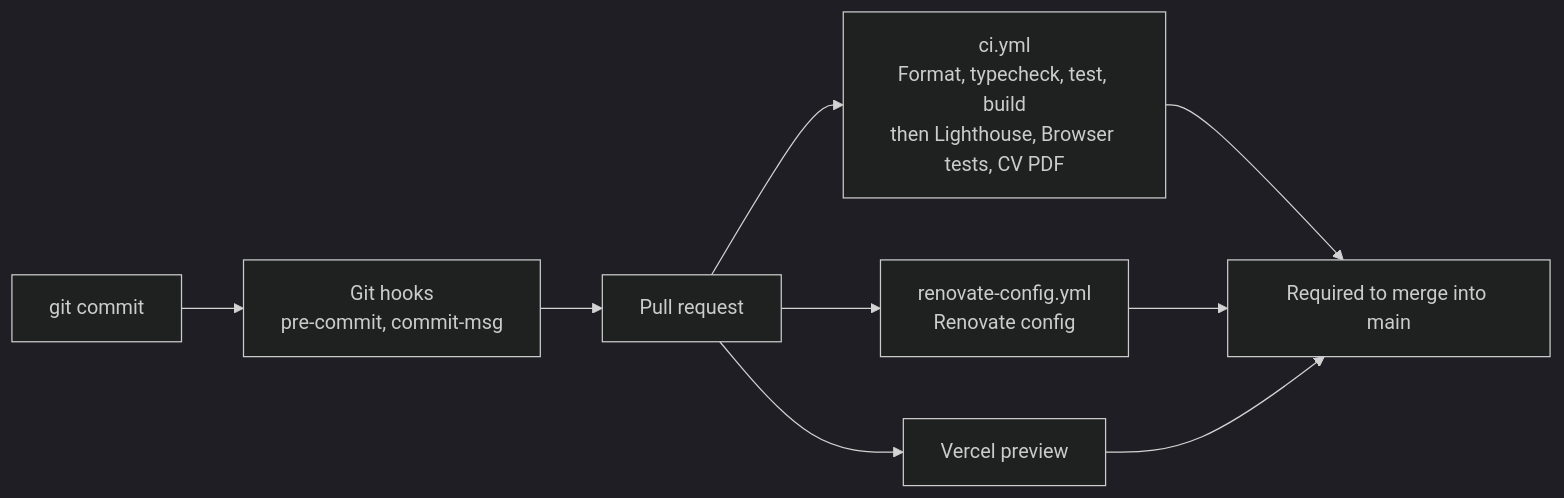
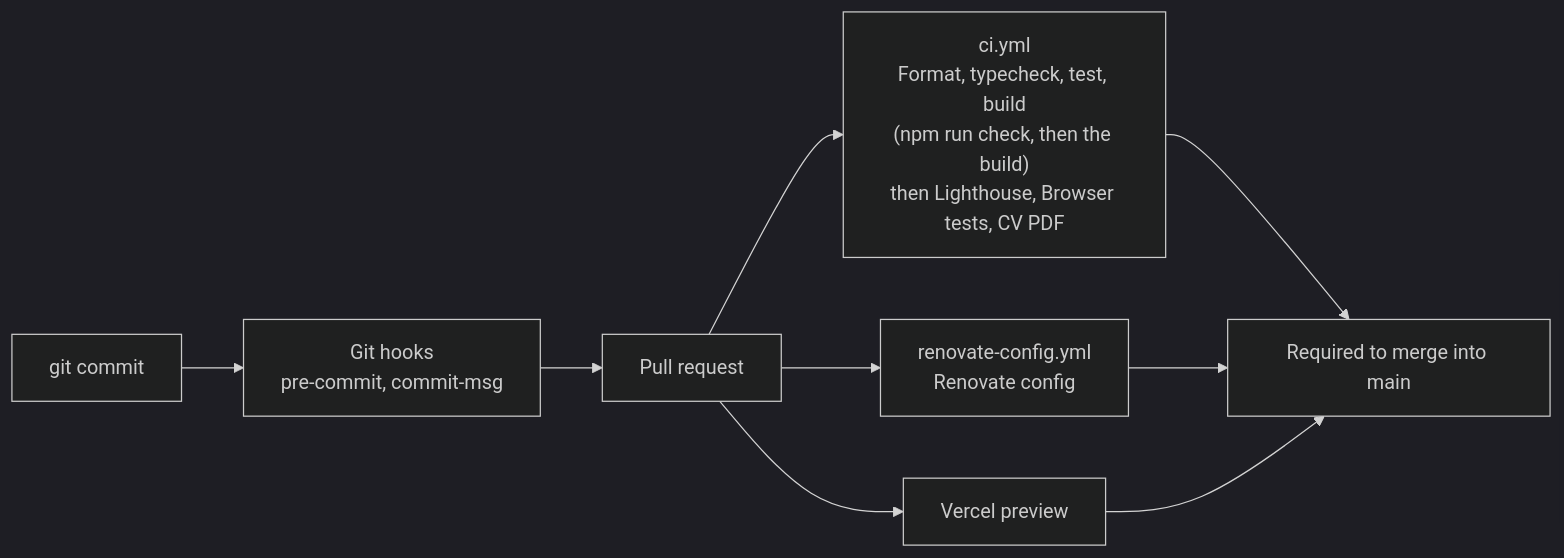
One commit to Nexlein/Portfolio changed the diagram in docs/checks.md. Above: the diagram before and after it, drawn with Mermaid (dark theme). The commit also changed other lines of this file and 13 other files, not shown here.

````diff
--- a/docs/checks.md
+++ b/docs/checks.md
@@ -5,13 +5,13 @@
 ```mermaid
 flowchart LR
     accTitle: Where each check runs
     accDescr: A commit runs the Git hooks. A pull request runs the CI jobs, the Renovate config check and the Vercel preview. Pull requests into main must pass all of them.
     commit["git commit"] --> hooks["Git hooks<br/>pre-commit, commit-msg"]
     hooks --> pr["Pull request"]
-    pr --> ci["ci.yml<br/>Format, typecheck, test, build<br/>then Lighthouse, Browser tests, CV PDF"]
+    pr --> ci["ci.yml<br/>Format, typecheck, test, build<br/>(npm run check, then the build)<br/>then Lighthouse, Browser tests, CV PDF"]
     pr --> rc["renovate-config.yml<br/>Renovate config"]
     pr --> vercel["Vercel preview"]
     ci --> main["Required to merge into main"]
     rc --> main
     vercel --> main
 ```
````
